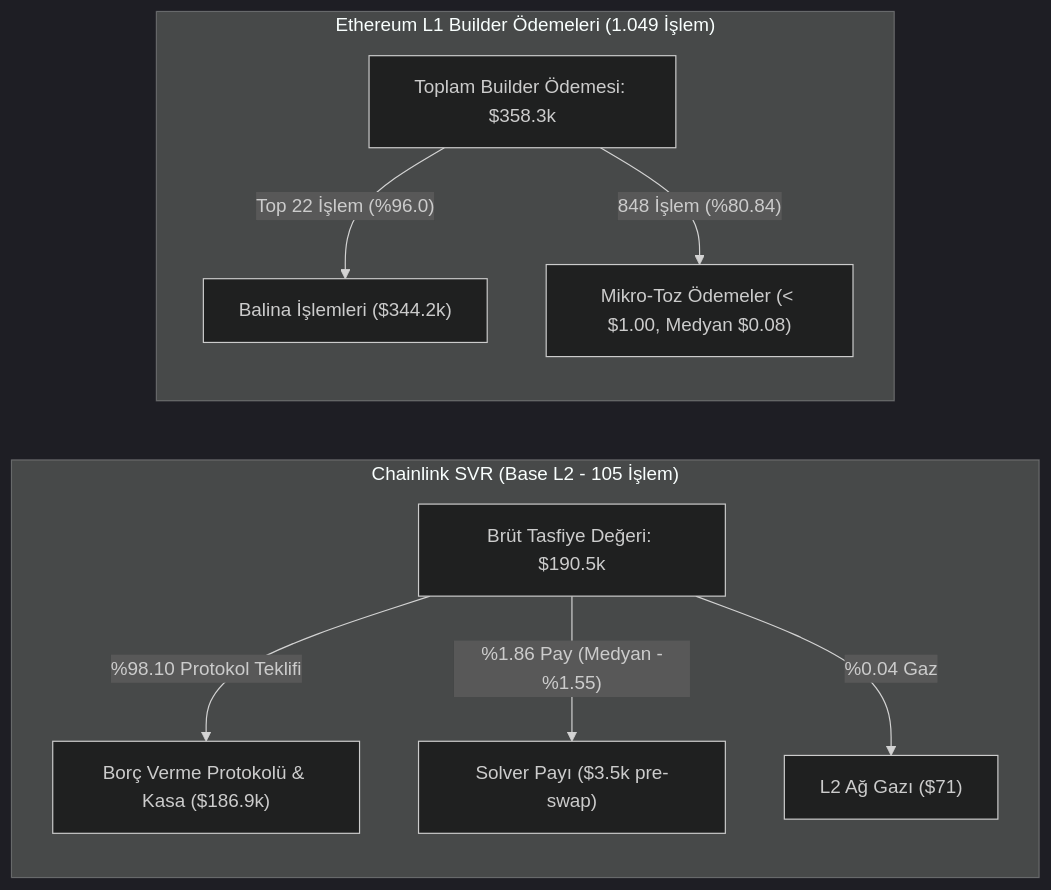
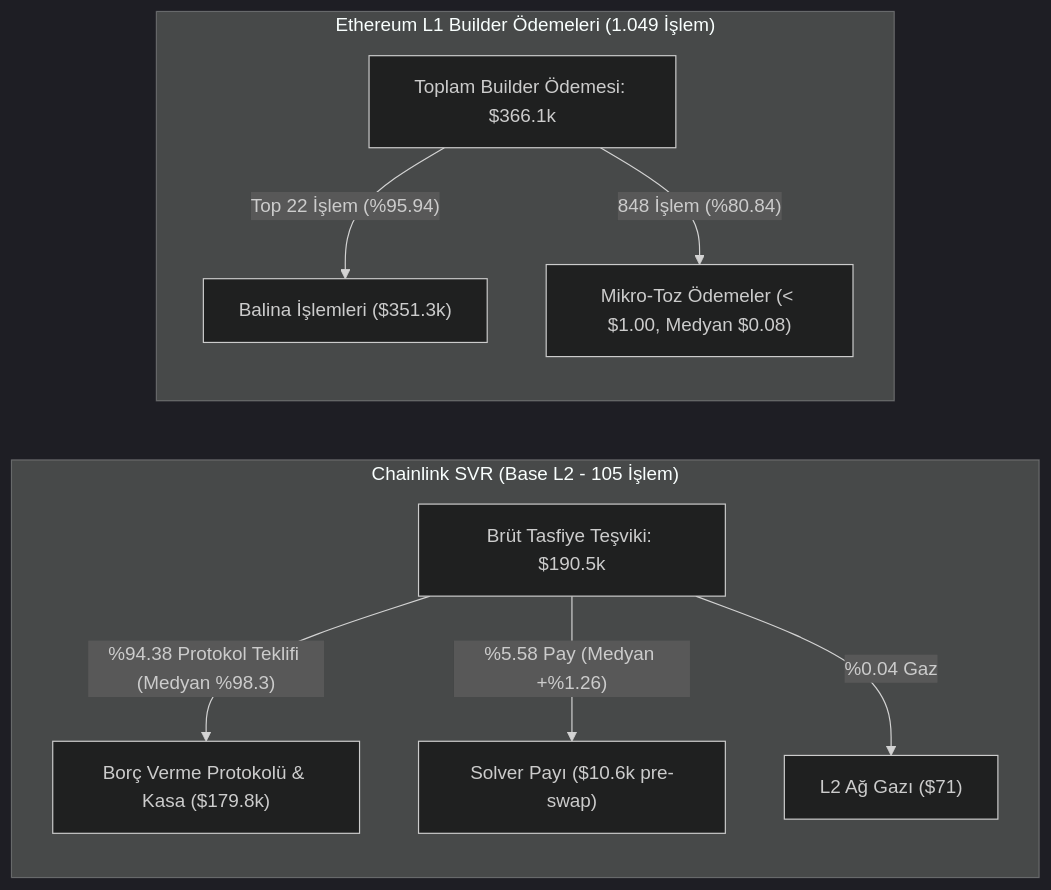
One commit to pCwOrM/werracle changed the first of 2 diagrams in docs/EMPIRICAL_OEV_AND_LIQUIDATION_RESEARCH_2026.md. Above: the diagram before and after it, drawn with Mermaid (dark theme). The commit also changed other lines of this file and 2 other files, not shown here.

Commit message:
fix(radar): align radar.html and docs with v1.2 ground truth and v2.0 live API schema

````diff
--- a/docs/EMPIRICAL_OEV_AND_LIQUIDATION_RESEARCH_2026.md
+++ b/docs/EMPIRICAL_OEV_AND_LIQUIDATION_RESEARCH_2026.md
@@ -29,13 +29,13 @@
 ```mermaid
 flowchart LR
     subgraph SVR["Chainlink SVR (Base L2 - 105 İşlem)"]
-        G1["Brüt Tasfiye Değeri: $190.5k"] -->|"%98.10 Protokol Teklifi"| P1["Borç Verme Protokolü & Kasa ($186.9k)"]
-        G1 -->|"%1.86 Pay (Medyan -%1.55)"| S1["Solver Payı ($3.5k pre-swap)"]
+        G1["Brüt Tasfiye Teşviki: $190.5k"] -->|"%94.38 Protokol Teklifi (Medyan %98.3)"| P1["Borç Verme Protokolü & Kasa ($179.8k)"]
+        G1 -->|"%5.58 Pay (Medyan +%1.26)"| S1["Solver Payı ($10.6k pre-swap)"]
         G1 -->|"%0.04 Gaz"| Gas1["L2 Ağ Gazı ($71)"]
     end
 
     subgraph L1["Ethereum L1 Builder Ödemeleri (1.049 İşlem)"]
-        B1["Toplam Builder Ödemesi: $358.3k"] -->|"Top 22 İşlem (%96.0)"| Whale["Balina İşlemleri ($344.2k)"]
+        B1["Toplam Builder Ödemesi: $366.1k"] -->|"Top 22 İşlem (%95.94)"| Whale["Balina İşlemleri ($351.3k)"]
         B1 -->|"848 İşlem (%80.84)"| Dust["Mikro-Toz Ödemeler (< $1.00, Medyan $0.08)"]
     end
 ```
````
